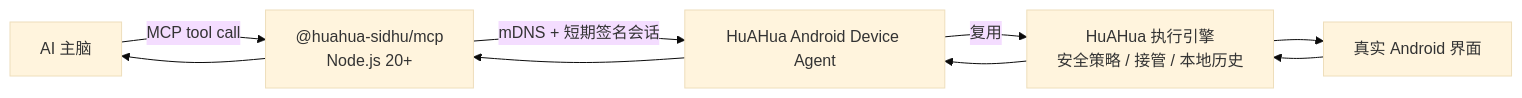
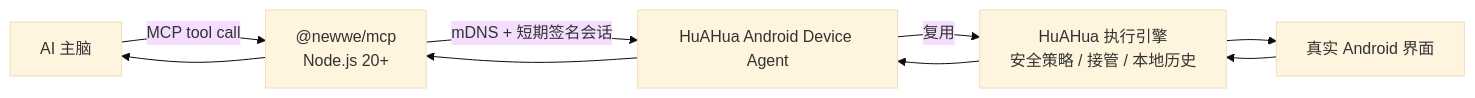
Before and after one commit to sidhu-master/huahua-device-runtime: the diagram in mcp-bootstrap/README.md, drawn with Mermaid (base theme). The commit also changed other lines of this file and 3 other files, not shown here.

Commit message:
fix: use newwe MCP package scope

````diff
--- a/mcp-bootstrap/README.md
+++ b/mcp-bootstrap/README.md
@@ -12,8 +12,8 @@
 ```mermaid
 flowchart LR
-    AI["AI 主脑"] -->|"MCP tool call"| MCP["@huahua-sidhu/mcp\nNode.js 20+"]
+    AI["AI 主脑"] -->|"MCP tool call"| MCP["@newwe/mcp\nNode.js 20+"]
     MCP -->|"mDNS + 短期签名会话"| PHONE["HuAHua Android Device Agent"]
     PHONE -->|"复用"| ENGINE["HuAHua 执行引擎\n安全策略 / 接管 / 本地历史"]
     ENGINE --> UI["真实 Android 界面"]
     UI --> ENGINE --> PHONE --> MCP --> AI
 ```
````
